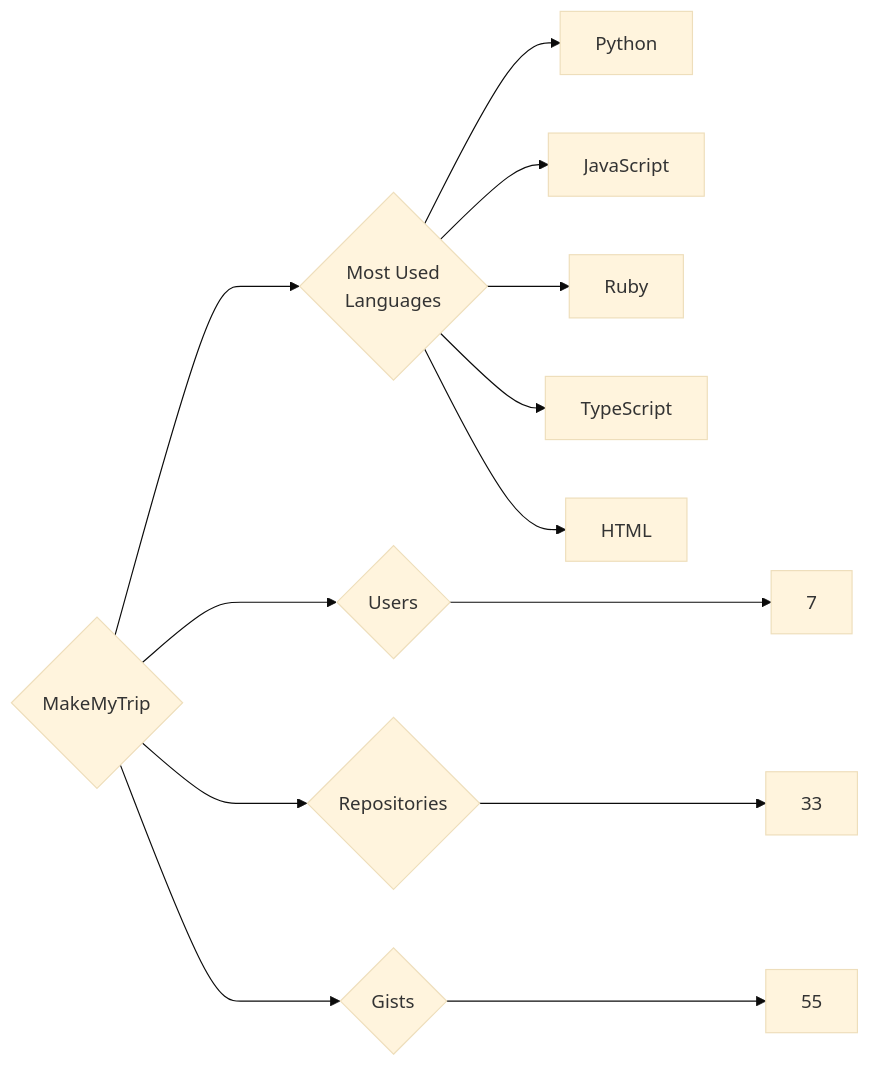
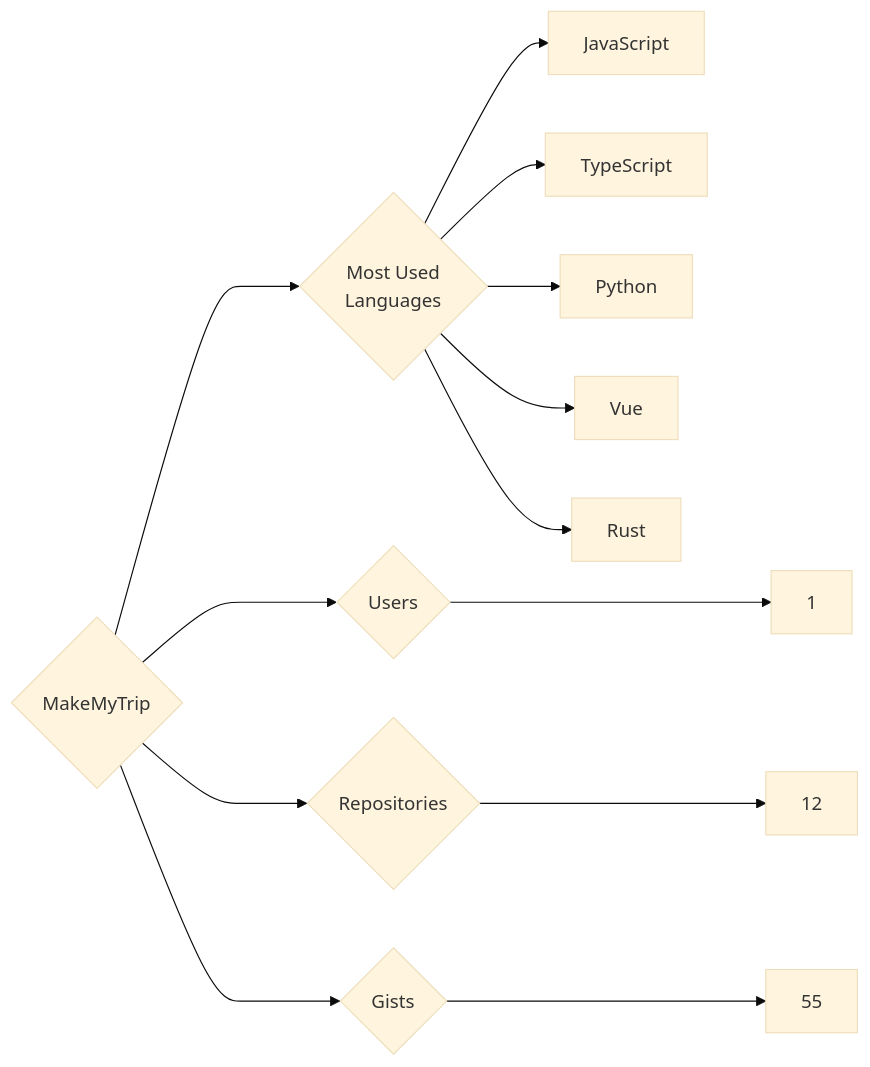
Before and after one commit to trickest/insiders: the diagram in targets/MakeMyTrip/README.md, drawn with Mermaid (base theme). The commit also changed 899 other files, not shown here.

````diff
--- a/targets/MakeMyTrip/README.md
+++ b/targets/MakeMyTrip/README.md
@@ -3,13 +3,13 @@
 ```mermaid
 graph LR
 COMPANY_NAME{MakeMyTrip}
-COMPANY_NAME ---> U{Users} ---> UN[7]
-COMPANY_NAME ---> R{Repositories} ---> RN[33]
+COMPANY_NAME ---> U{Users} ---> UN[1]
+COMPANY_NAME ---> R{Repositories} ---> RN[12]
 COMPANY_NAME ---> G{Gists} ---> GN[55]
 COMPANY_NAME ---> ML{Most Used<br>Languages}
+ML --> JavaScript[JavaScript]
+ML --> TypeScript[TypeScript]
 ML --> Python[Python]
-ML --> JavaScript[JavaScript]
-ML --> Ruby[Ruby]
-ML --> TypeScript[TypeScript]
-ML --> HTML[HTML]
+ML --> Vue[Vue]
+ML --> Rust[Rust]
 ```
````
